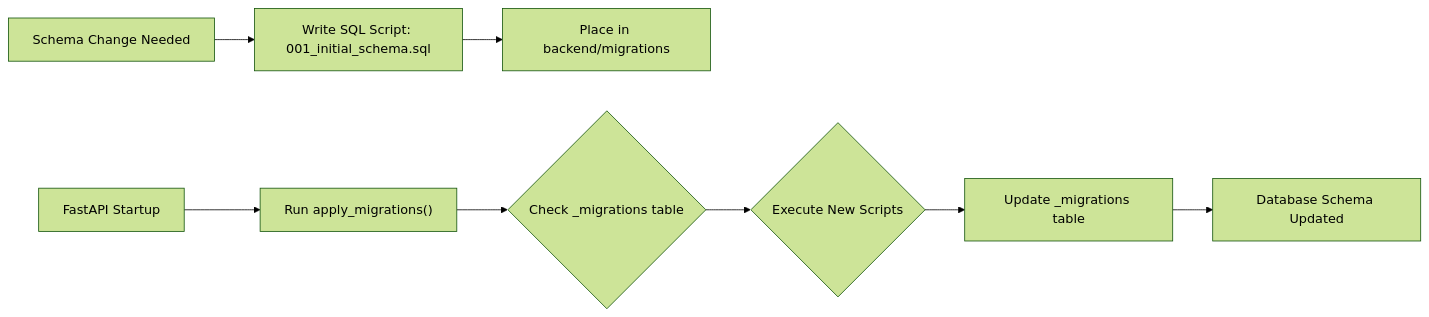
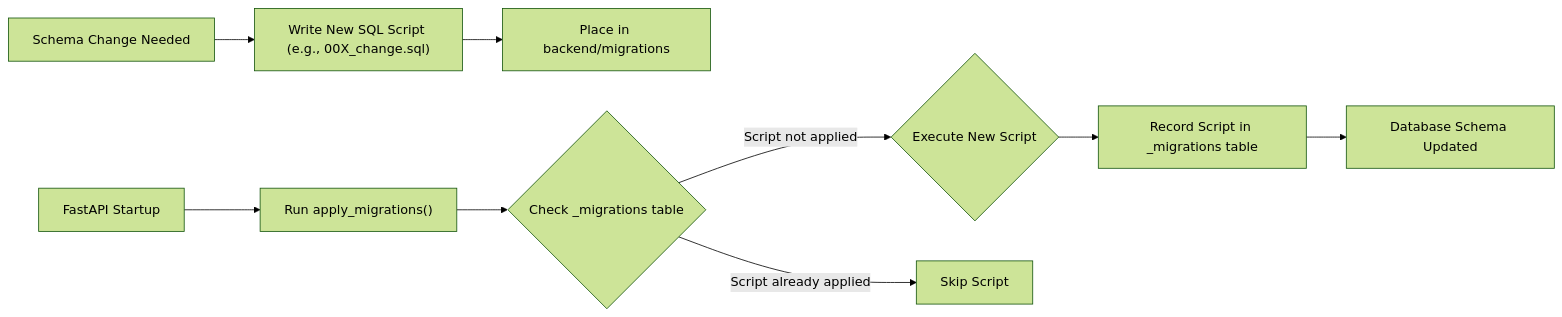
The second of 2 diagrams in README.md (adityatripathi05/URL-Monitoring), drawn with Mermaid (forest theme) before and after one commit. The commit also changed other lines of this file and 1 other file, not shown here.

````diff
--- a/README.md
+++ b/README.md
@@ -58,10 +93,11 @@
 ```mermaid
 graph LR
-  A["Schema Change Needed"] --> B["Write SQL Script: 001_initial_schema.sql"]
+  A["Schema Change Needed"] --> B["Write New SQL Script (e.g., 00X_change.sql)"]
   B --> C["Place in backend/migrations"]
   D["FastAPI Startup"] --> E["Run apply_migrations()"]
   E --> F{"Check _migrations table"}
-  F --> G{"Execute New Scripts"}
-  G --> H["Update _migrations table"]
+  F -- "Script not applied" --> G{"Execute New Script"}
+  F -- "Script already applied" --> J["Skip Script"]
+  G --> H["Record Script in _migrations table"]
   H --> I["Database Schema Updated"]
 ```
````
